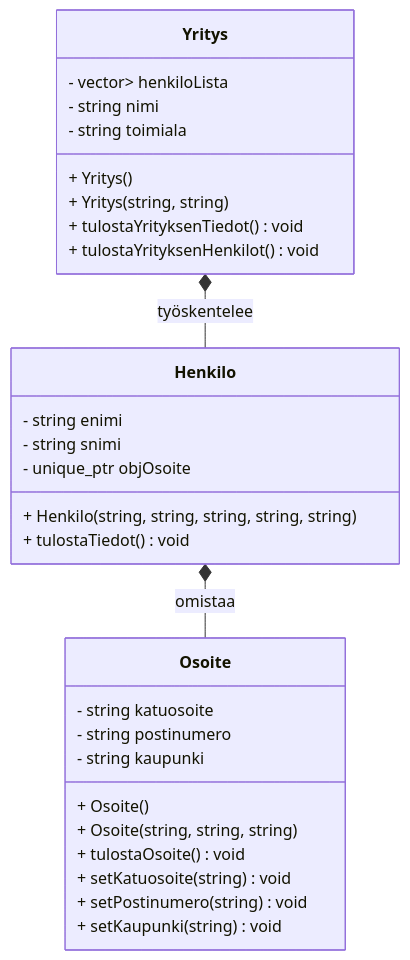
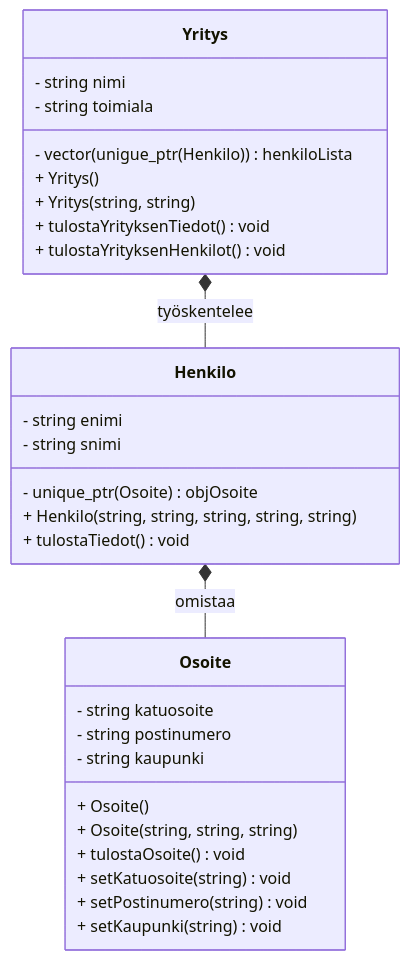
Before and after one commit to alaluuk/oliokurssin-esimerkit: the diagram in h4t4/README.md, drawn with Mermaid.

Commit message:
tehtävä 44 diagrammi muokattu

````diff
--- a/h4t4/README.md
+++ b/h4t4/README.md
@@ -5,33 +5,33 @@
 ```mermaid
 classDiagram
 class Osoite{
     - string katuosoite
     - string postinumero
     - string kaupunki
     + Osoite()
     + Osoite(string, string, string )
     + tulostaOsoite() void
     + setKatuosoite(string) void 
     + setPostinumero(string) void 
     + setKaupunki(string) void 
 }
 class Henkilo{
     - string enimi
     - string snimi
-    - unique_ptr<Osoite> objOsoite
+    - unique_ptr(Osoite) objOsoite
     + Henkilo(string, string, string, string, string)
     + tulostaTiedot() void
 }
 class Yritys{
-    - vector<unique_ptr<Henkilo>> henkiloLista
+    - vector(unigue_ptr(Henkilo)) henkiloLista
     - string nimi
     - string toimiala
     + Yritys()
     + Yritys(string, string)
     + tulostaYrityksenTiedot() void
     + tulostaYrityksenHenkilot() void
 }
 Yritys *-- Henkilo : työskentelee
 Henkilo *-- Osoite: omistaa
 
 ```
````
